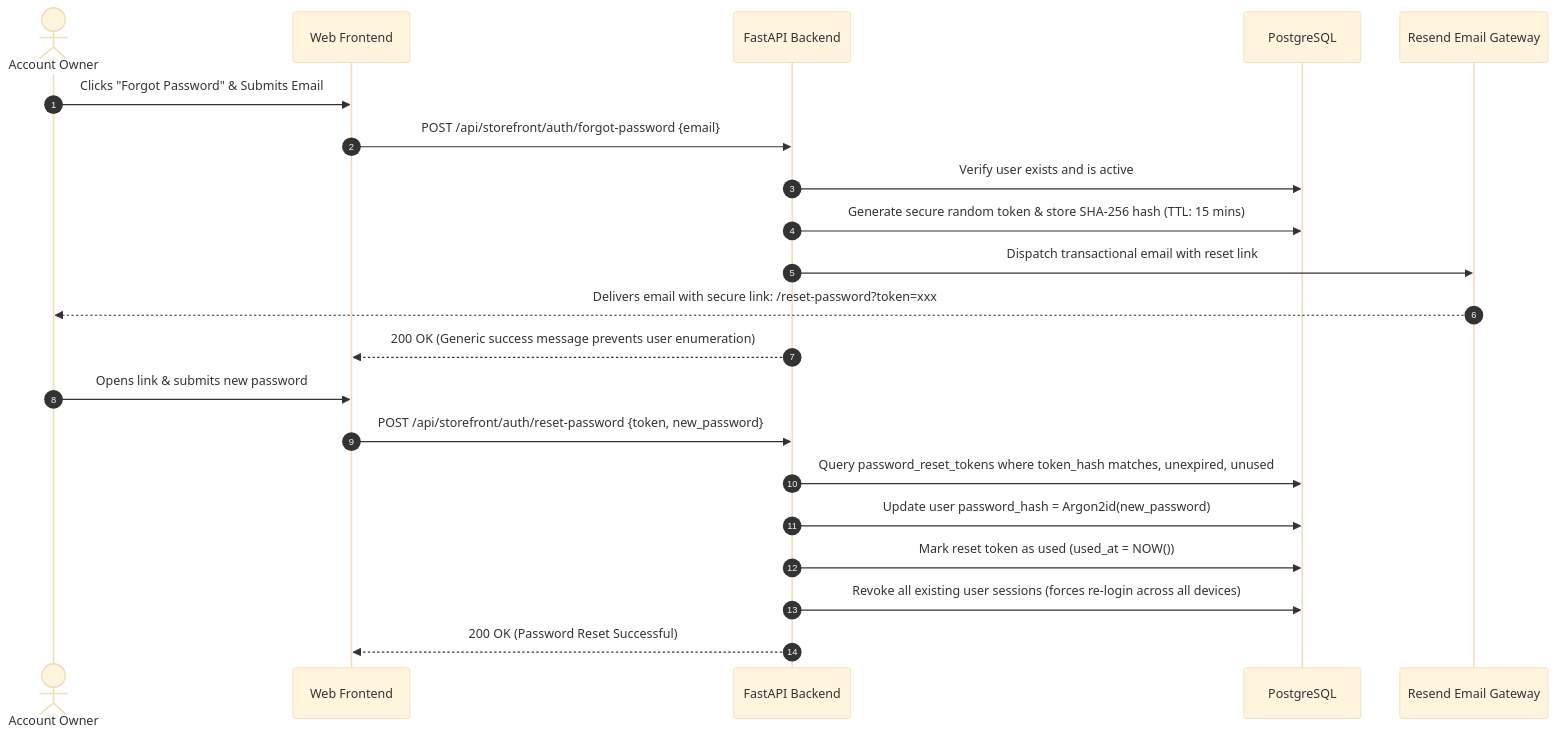
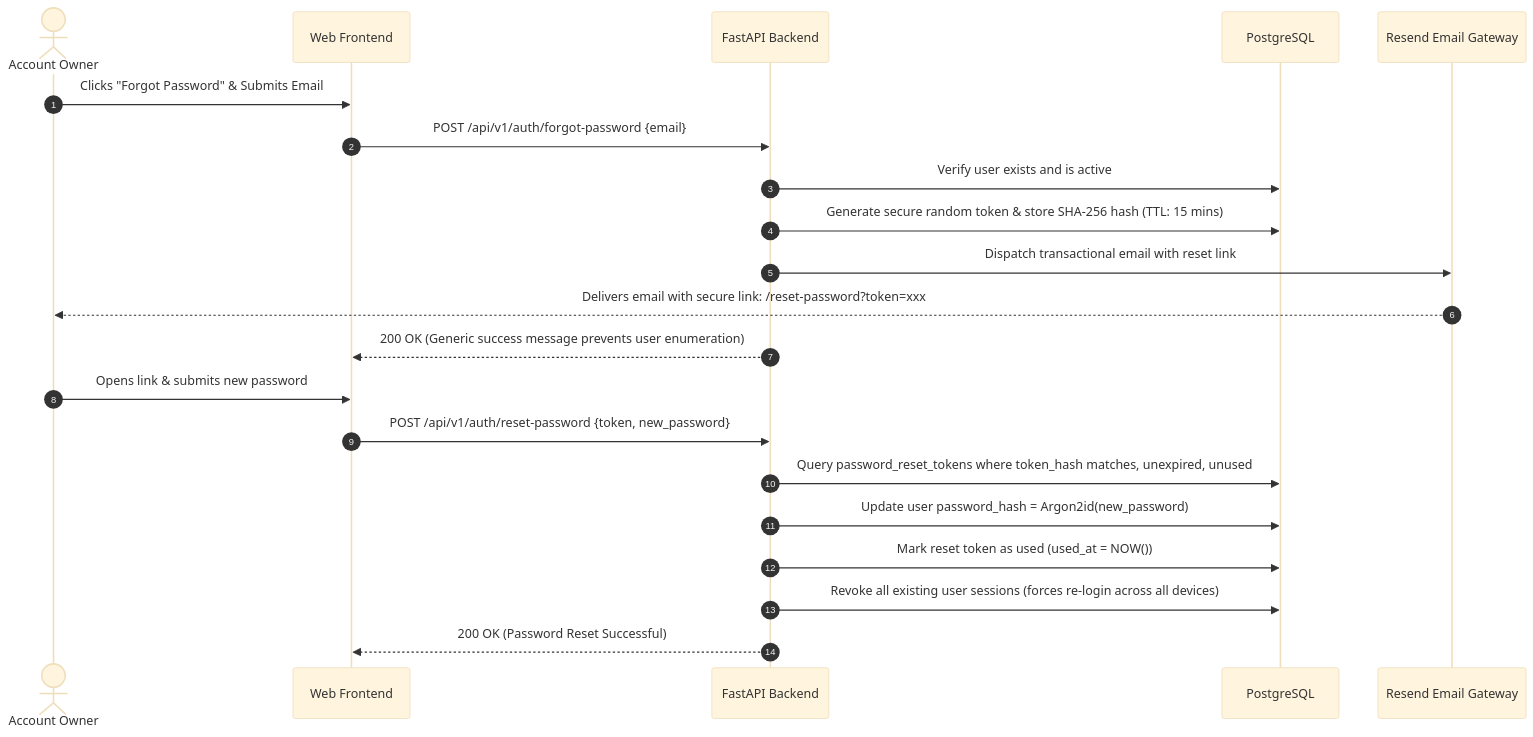
Before and after one commit to arudkumaran19/pos-ecommerce-systems: diagram 15 of 22 in README.md, drawn with Mermaid (base theme). The commit also changed other lines of this file, not shown here.

````diff
--- a/README.md
+++ b/README.md
@@ -798,25 +828,25 @@
 ```mermaid
 sequenceDiagram
     autonumber
     actor User as Account Owner
     participant Web as Web Frontend
     participant API as FastAPI Backend
     participant DB as PostgreSQL
     participant Resend as Resend Email Gateway
 
     User->>Web: Clicks "Forgot Password" & Submits Email
-    Web->>API: POST /api/storefront/auth/forgot-password {email}
+    Web->>API: POST /api/v1/auth/forgot-password {email}
     API->>DB: Verify user exists and is active
     API->>DB: Generate secure random token & store SHA-256 hash (TTL: 15 mins)
     API->>Resend: Dispatch transactional email with reset link
     Resend-->>User: Delivers email with secure link: /reset-password?token=xxx
     API-->>Web: 200 OK (Generic success message prevents user enumeration)
 
     User->>Web: Opens link & submits new password
-    Web->>API: POST /api/storefront/auth/reset-password {token, new_password}
+    Web->>API: POST /api/v1/auth/reset-password {token, new_password}
     API->>DB: Query password_reset_tokens where token_hash matches, unexpired, unused
     API->>DB: Update user password_hash = Argon2id(new_password)
     API->>DB: Mark reset token as used (used_at = NOW())
     API->>DB: Revoke all existing user sessions (forces re-login across all devices)
     API-->>Web: 200 OK (Password Reset Successful)
 ```
````
